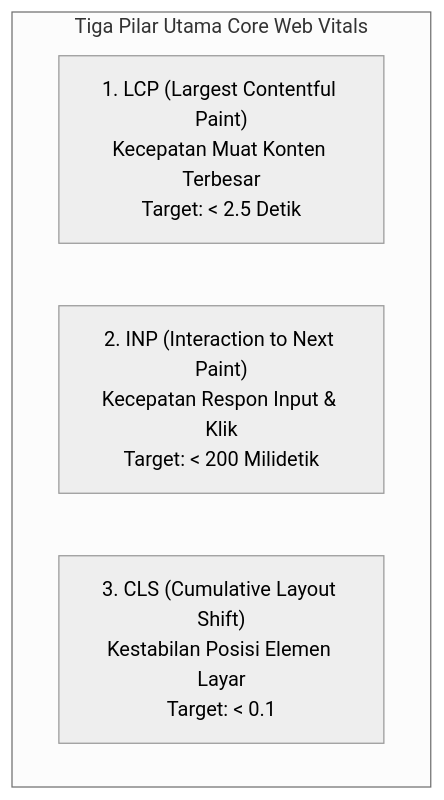
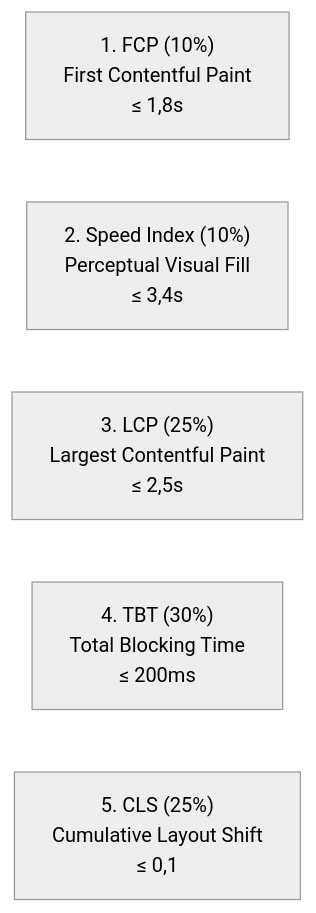
Before and after one commit to withered-flowers/materials-ise-2026: the diagram in deployment-slides/pages/04-benchmark-lighthouse.md, drawn with Mermaid (neutral theme). The commit also changed other lines of this file and 8 other files, not shown here.

Commit message:
feat: replace Core Web Vitals with 5 modern Lighthouse performance metrics

````diff
--- a/deployment-slides/pages/04-benchmark-lighthouse.md
+++ b/deployment-slides/pages/04-benchmark-lighthouse.md
@@ -81,8 +81,8 @@
 ```mermaid {scale: 0.65}
-graph TD
-    subgraph CoreWebVitals [Tiga Pilar Utama Core Web Vitals]
-        A["1. LCP (Largest Contentful Paint)<br>Kecepatan Muat Konten Terbesar<br>Target: < 2.5 Detik"]
-        B["2. INP (Interaction to Next Paint)<br>Kecepatan Respon Input & Klik<br>Target: < 200 Milidetik"]
-        C["3. CLS (Cumulative Layout Shift)<br>Kestabilan Posisi Elemen Layar<br>Target: < 0.1"]
-    end
+graph LR
+    FCP["1. FCP (10%)<br>First Contentful Paint<br>≤ 1,8s"]
+    SI["2. Speed Index (10%)<br>Perceptual Visual Fill<br>≤ 3,4s"]
+    LCP["3. LCP (25%)<br>Largest Contentful Paint<br>≤ 2,5s"]
+    TBT["4. TBT (30%)<br>Total Blocking Time<br>≤ 200ms"]
+    CLS["5. CLS (25%)<br>Cumulative Layout Shift<br>≤ 0,1"]
 ```
````
